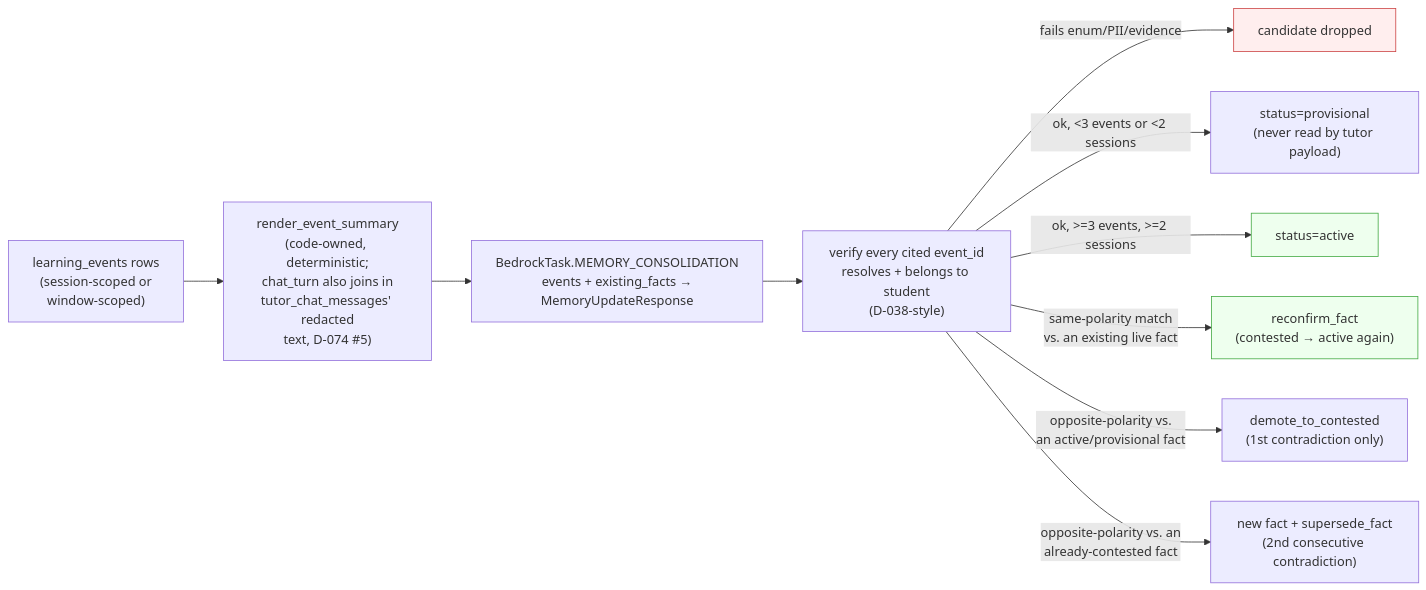
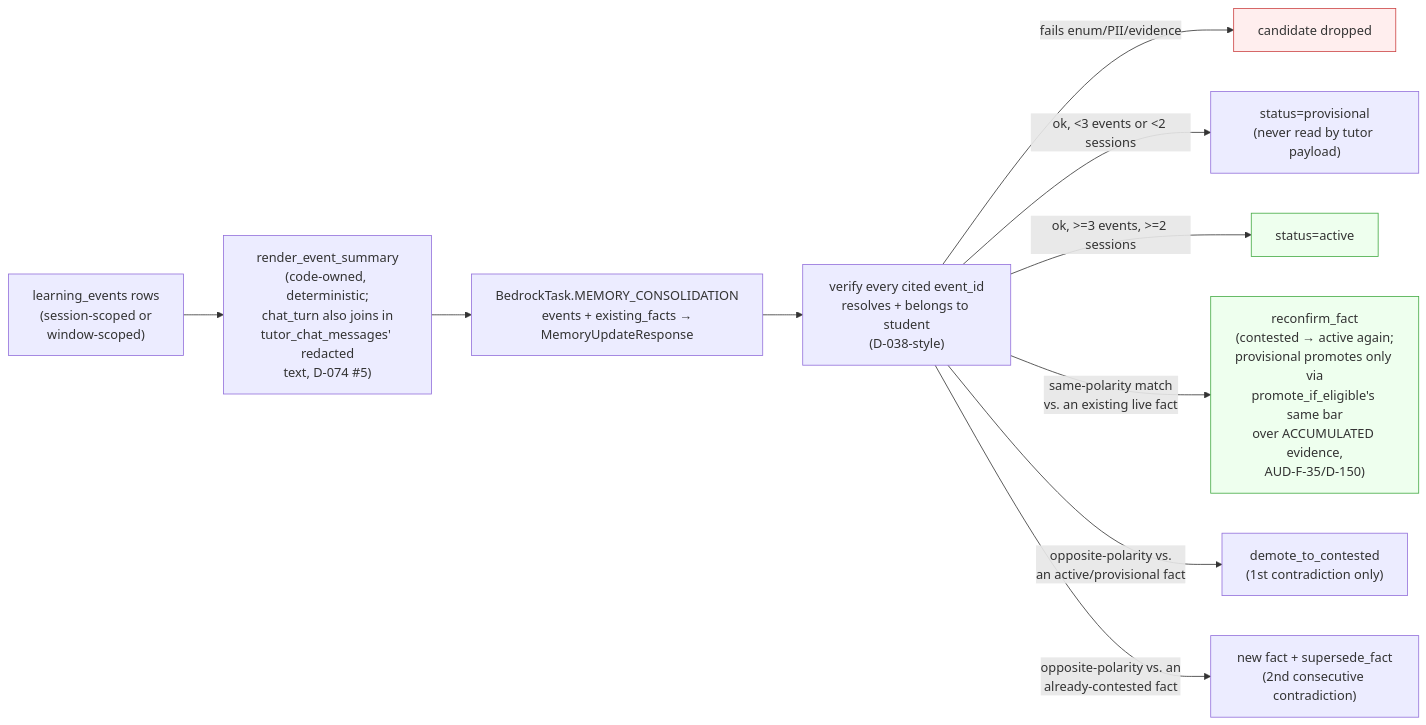
The ninth of 11 diagrams in docs/ARCHITECTURE.md (lucasjeongsikpark/IntelliChoice), drawn with Mermaid before and after one commit. The commit also changed other lines of this file and 13 other files, not shown here.

````diff
--- a/docs/ARCHITECTURE.md
+++ b/docs/ARCHITECTURE.md
@@ -715,17 +716,17 @@
 ```mermaid
 flowchart LR
     EVENTS["learning_events rows<br/>(session-scoped or<br/>window-scoped)"] --> RENDER["render_event_summary<br/>(code-owned, deterministic;<br/>chat_turn also joins in<br/>tutor_chat_messages' redacted<br/>text, D-074 #5)"]
     RENDER --> CALL["BedrockTask.MEMORY_CONSOLIDATION<br/>events + existing_facts →<br/>MemoryUpdateResponse"]
     CALL --> VERIFY["verify every cited event_id<br/>resolves + belongs to student<br/>(D-038-style)"]
     VERIFY -->|"fails enum/PII/evidence"| DROP["candidate dropped"]
     VERIFY -->|"ok, <3 events or <2 sessions"| PROV["status=provisional<br/>(never read by tutor payload)"]
     VERIFY -->|"ok, >=3 events, >=2 sessions"| ACTIVE["status=active"]
-    VERIFY -->|"same-polarity match<br/>vs. an existing live fact"| RECONFIRM["reconfirm_fact<br/>(contested → active again)"]
+    VERIFY -->|"same-polarity match<br/>vs. an existing live fact"| RECONFIRM["reconfirm_fact<br/>(contested → active again;<br/>provisional promotes only via<br/>promote_if_eligible's same bar<br/>over ACCUMULATED evidence,<br/>AUD-F-35/D-150)"]
     VERIFY -->|"opposite-polarity vs.<br/>an active/provisional fact"| DEMOTE["demote_to_contested<br/>(1st contradiction only)"]
     VERIFY -->|"opposite-polarity vs. an<br/>already-contested fact"| SUPERSEDE["new fact + supersede_fact<br/>(2nd consecutive contradiction)"]
 
     classDef terminal fill:#efe,stroke:#4a4
     classDef reject fill:#fee,stroke:#c44
     class ACTIVE,RECONFIRM terminal
     class DROP reject
 ```
````
